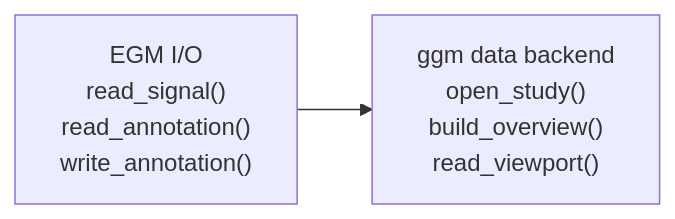
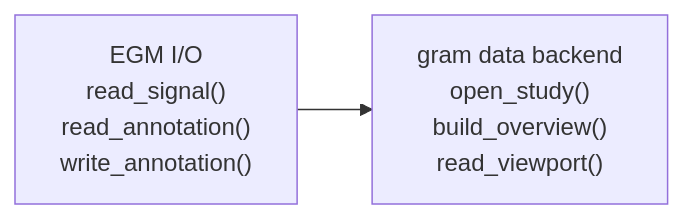
The second of 5 diagrams in vignettes/design.qmd (shah-in-boots/ggm), drawn with Mermaid before and after one commit. The commit also changed other lines of this file and 57 other files, not shown here.

First line of the commit message:
rename the package from ggm to gram

````diff
--- a/vignettes/design.qmd
+++ b/vignettes/design.qmd
@@ -86,8 +86,8 @@
 ```{mermaid}
 %%| label: data-backend-map
 flowchart LR
     EGMIO["EGM I/O<br/>read_signal()<br/>read_annotation()<br/>write_annotation()"]:::implemented
-    GgmBackend["ggm data backend<br/>open_study()<br/>build_overview()<br/>read_viewport()"]:::planned
+    GramBackend["gram data backend<br/>open_study()<br/>build_overview()<br/>read_viewport()"]:::planned
 
-    EGMIO --> GgmBackend
+    EGMIO --> GramBackend
 ```
````
